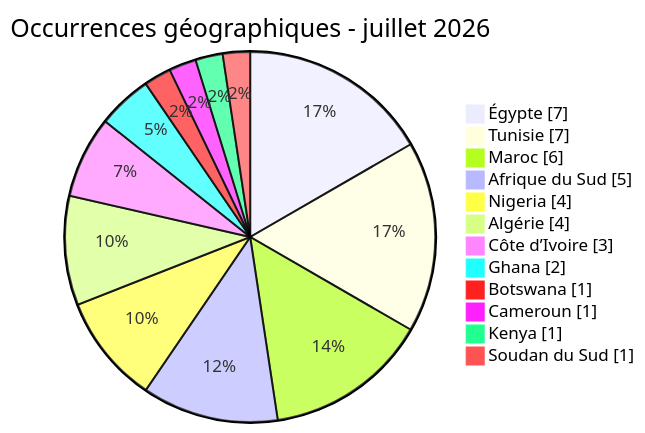
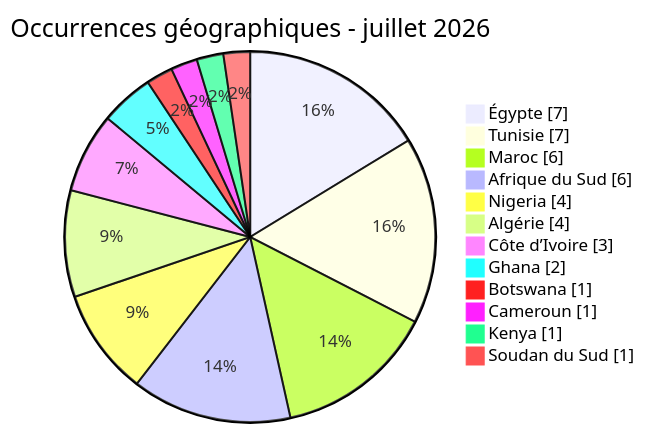
Before and after one commit to Hatchepsoute/AFRINTEL: the diagram in CyberAttackAfrica/2026/07-july/README_FR.md, drawn with Mermaid. The commit also changed other lines of this file and 4 other files, not shown here.

````diff
--- a/CyberAttackAfrica/2026/07-july/README_FR.md
+++ b/CyberAttackAfrica/2026/07-july/README_FR.md
@@ -45,16 +45,16 @@
 ```mermaid
 pie showData
     title Occurrences géographiques - juillet 2026
     "Égypte" : 7
     "Tunisie" : 7
     "Maroc" : 6
-    "Afrique du Sud" : 5
+    "Afrique du Sud" : 6
     "Nigeria" : 4
     "Algérie" : 4
     "Côte d’Ivoire" : 3
     "Ghana" : 2
     "Botswana" : 1
     "Cameroun" : 1
     "Kenya" : 1
     "Soudan du Sud" : 1
 ```
````
